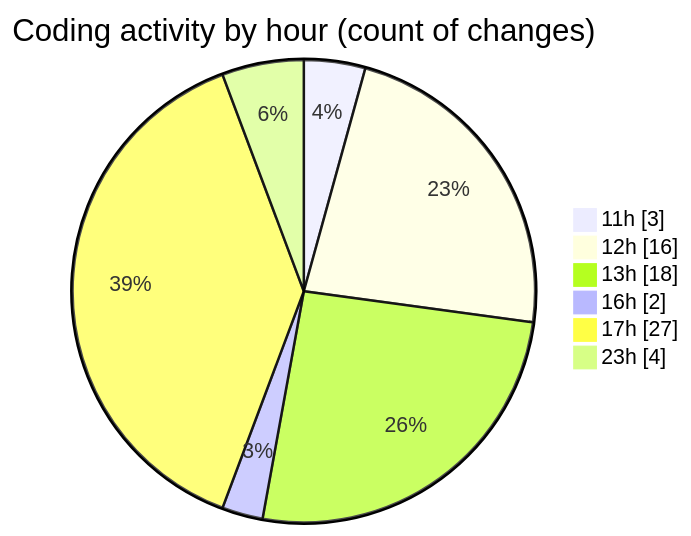
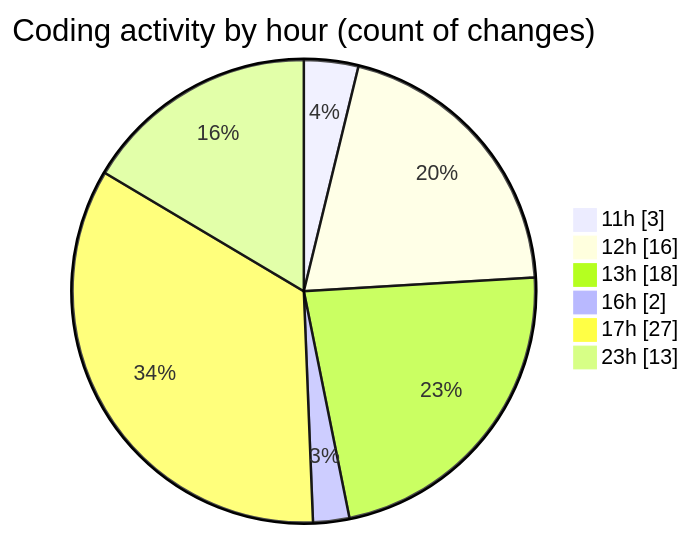
One commit to nxtqubesakshisongat/code-tracking changed the second of 2 diagrams in 2025-06-03/nxtqube_webapp/README.md. Above: the diagram before and after it, drawn with Mermaid. The commit also changed other lines of this file and 1 other file, not shown here.

````diff
--- a/2025-06-03/nxtqube_webapp/README.md
+++ b/2025-06-03/nxtqube_webapp/README.md
@@ -30,10 +30,10 @@
 ```mermaid
 pie showData
 title Coding activity by hour (count of changes)
 "11h" : 3
 "12h" : 16
 "13h" : 18
 "16h" : 2
 "17h" : 27
-"23h" : 4
+"23h" : 13
 ```
````
